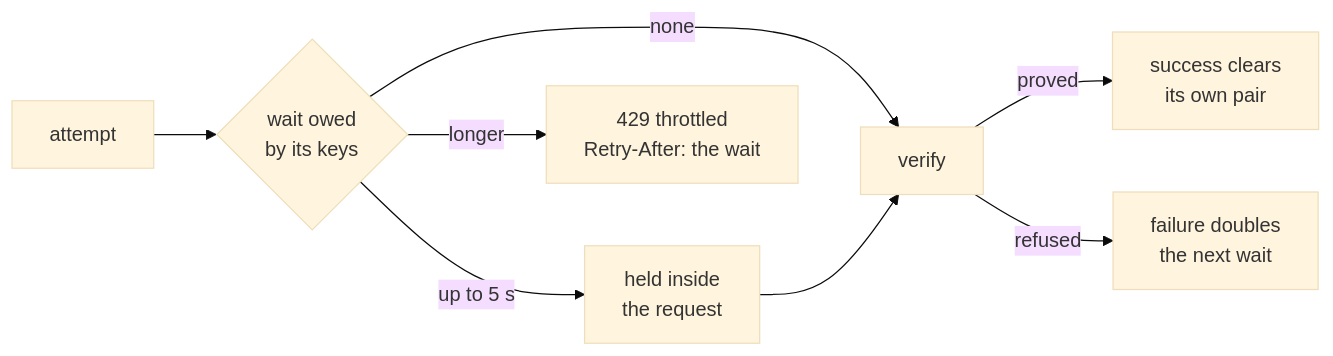
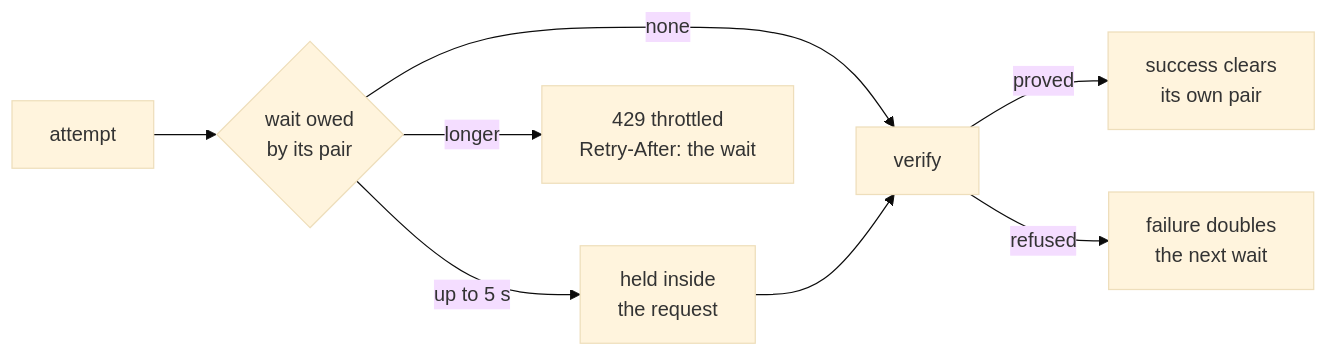
The third of 3 diagrams in docs/concepts/identity-and-access.md (crewlet/crewlet), drawn with Mermaid (base theme) before and after one commit. The commit also changed other lines of this file and 24 other files, not shown here.

````diff
--- a/docs/concepts/identity-and-access.md
+++ b/docs/concepts/identity-and-access.md
@@ -980,9 +980,9 @@
 ```mermaid
 flowchart LR
-    A[attempt] --> W{wait owed<br/>by its keys}
+    A[attempt] --> W{wait owed<br/>by its pair}
     W -- none --> V[verify]
     W -- "up to 5 s" --> S[held inside<br/>the request] --> V
     W -- "longer" --> T["429 throttled<br/>Retry-After: the wait"]
     V -- proved --> OK[success clears<br/>its own pair]
     V -- refused --> F[failure doubles<br/>the next wait]
 ```
````
